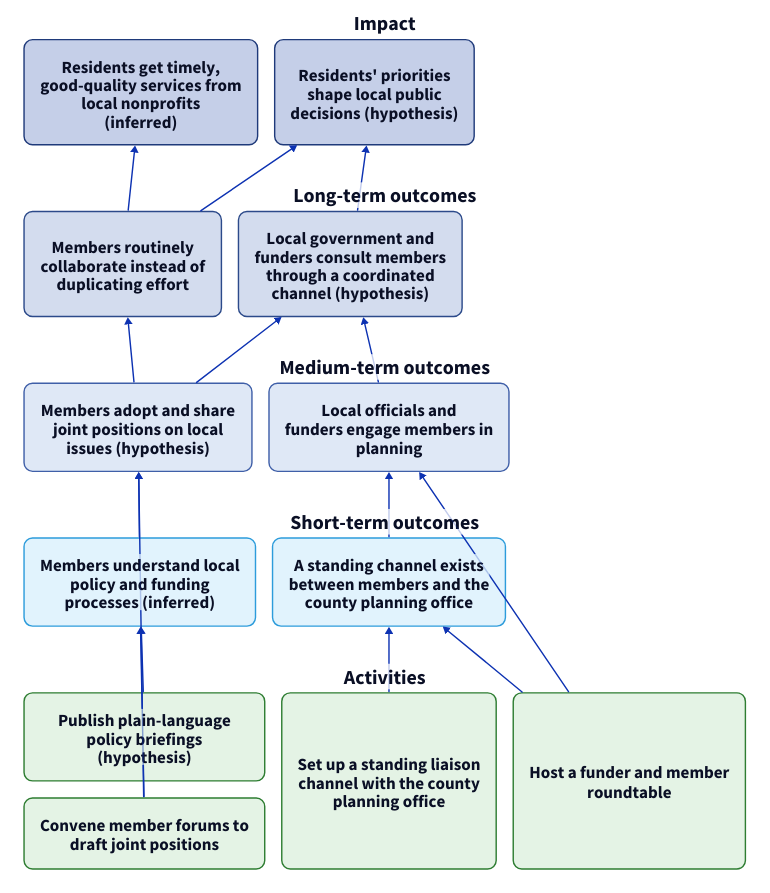
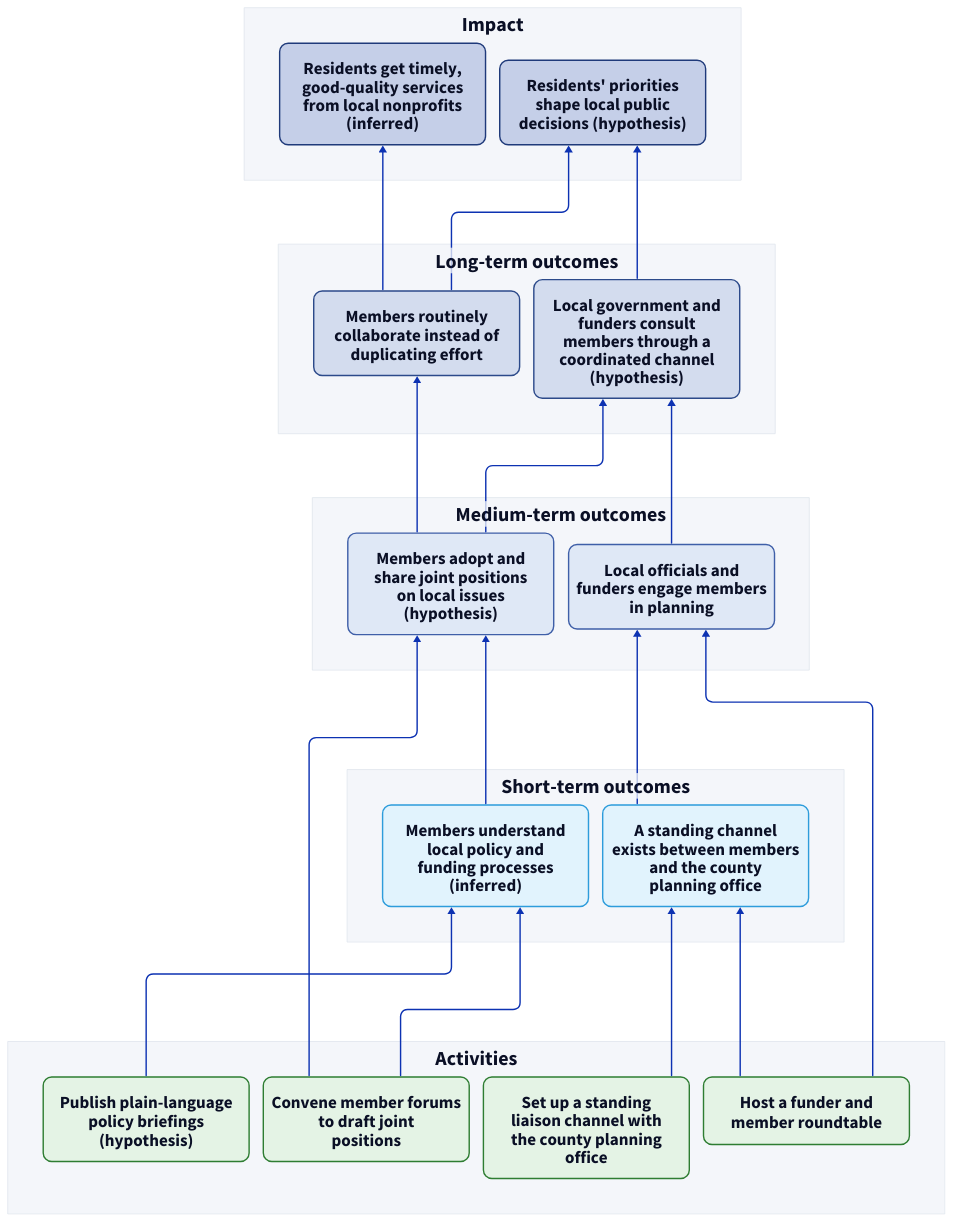
One commit to ProductBuildersHQ/impact-model changed the fourth of 7 diagrams in pkg/document/testdata/intermediary-nonprofit.md. Above: the diagram before and after it, drawn with D2. The commit also changed other lines of this file and 8 other files, not shown here.

````diff
--- a/pkg/document/testdata/intermediary-nonprofit.md
+++ b/pkg/document/testdata/intermediary-nonprofit.md
@@ -511,6 +514,11 @@
 ```d2
-grid-rows: 5
-vertical-gap: 24
+vars: {
+  d2-config: {
+    layout-engine: elk
+  }
+}
+
+direction: up
 
 classes: {
   activities: {
@@ -518,112 +526,108 @@
     style.stroke: "#2e7d32"
     style.border-radius: 12
     style.font-size: 24
+    width: 290
   }
   impact: {
     style.fill: "#c5cfe8"
     style.stroke: "#1f3a7a"
     style.border-radius: 12
     style.font-size: 24
+    width: 290
   }
   long_term: {
     style.fill: "#d3dcee"
     style.stroke: "#2c4a8a"
     style.border-radius: 12
     style.font-size: 24
+    width: 290
   }
   medium_term: {
     style.fill: "#dfe8f6"
     style.stroke: "#3f5fa8"
     style.border-radius: 12
     style.font-size: 24
+    width: 290
   }
   short_term: {
     style.fill: "#e1f3fd"
     style.stroke: "#2d9cdb"
     style.border-radius: 12
     style.font-size: 24
+    width: 290
   }
   stage: {
-    style.fill: "transparent"
-    style.stroke-width: 0
+    style.fill: "#f4f6fa"
+    style.stroke: "#dde3ec"
+    style.stroke-width: 1
     style.font-size: 28
     style.bold: true
   }
 }
 
-impact: Impact {
-  grid-columns: 2
-  horizontal-gap: 24
-  vertical-gap: 24
+activities: Activities {
+  direction: right
   class: stage
 
-  "oc-resident-access": "Residents get timely,\ngood-quality services from\nlocal nonprofits\n(inferred)" {
-    class: impact
+  "int-policy-briefings": "Publish plain-language\npolicy briefings\n(hypothesis)" {
+    class: activities
   }
-  "oc-resident-voice": "Residents' priorities\nshape local public\ndecisions (hypothesis)" {
-    class: impact
+  "int-joint-forums": "Convene member forums\nto draft joint\npositions" {
+    class: activities
+  }
+  "int-liaison-channel": "Set up a standing\nliaison channel with\nthe county planning\noffice" {
+    class: activities
+  }
+  "int-funder-roundtable": "Host a funder and\nmember roundtable" {
+    class: activities
+  }
+}
+
+short_term: Short-term outcomes {
+  direction: right
+  class: stage
+
+  "oc-st-policy-know": "Members understand\nlocal policy and\nfunding processes\n(inferred)" {
+    class: short_term
+  }
+  "oc-st-channel": "A standing channel\nexists between members\nand the county\nplanning office" {
+    class: short_term
+  }
+}
+
+medium_term: Medium-term outcomes {
+  direction: right
+  class: stage
+
+  "oc-im-joint-positions": "Members adopt and\nshare joint positions\non local issues\n(hypothesis)" {
+    class: medium_term
+  }
+  "oc-im-officials-engage": "Local officials and\nfunders engage members\nin planning" {
+    class: medium_term
   }
 }
 
 long_term: Long-term outcomes {
-  grid-columns: 2
-  horizontal-gap: 24
-  vertical-gap: 24
+  direction: right
   class: stage
 
   "oc-lt-collab": "Members routinely\ncollaborate instead of\nduplicating effort" {
     class: long_term
   }
-  "oc-lt-collective-voice": "Local government and\nfunders consult members\nthrough a coordinated\nchannel (hypothesis)" {
+  "oc-lt-collective-voice": "Local government and\nfunders consult\nmembers through a\ncoordinated channel\n(hypothesis)" {
     class: long_term
   }
 }
 
-medium_term: Medium-term outcomes {
-  grid-columns: 2
-  horizontal-gap: 24
-  vertical-gap: 24
+impact: Impact {
+  direction: right
   class: stage
 
-  "oc-im-joint-positions": "Members adopt and share\njoint positions on local\nissues (hypothesis)" {
-    class: medium_term
+  "oc-resident-access": "Residents get timely,\ngood-quality services\nfrom local nonprofits\n(inferred)" {
+    class: impact
   }
-  "oc-im-officials-engage": "Local officials and\nfunders engage members in\nplanning" {
-    class: medium_term
-  }
-}
-
-short_term: Short-term outcomes {
-  grid-columns: 2
-  horizontal-gap: 24
-  vertical-gap: 24
-  class: stage
-
-  "oc-st-policy-know": "Members understand local\npolicy and funding\nprocesses (inferred)" {
-    class: short_term
-  }
-  "oc-st-channel": "A standing channel exists\nbetween members and the\ncounty planning office" {
-    class: short_term
-  }
-}
-
-activities: Activities {
-  grid-columns: 3
-  horizontal-gap: 24
-  vertical-gap: 24
-  class: stage
-
-  "int-policy-briefings": "Publish plain-language\npolicy briefings\n(hypothesis)" {
-    class: activities
-  }
-  "int-joint-forums": "Convene member forums to\ndraft joint positions" {
-    class: activities
-  }
-  "int-liaison-channel": "Set up a standing liaison\nchannel with the county\nplanning office" {
-    class: activities
-  }
-  "int-funder-roundtable": "Host a funder and member\nroundtable" {
-    class: activities
+  "oc-resident-voice": "Residents' priorities\nshape local public\ndecisions (hypothesis)" {
+    class: impact
   }
 }
 
````
